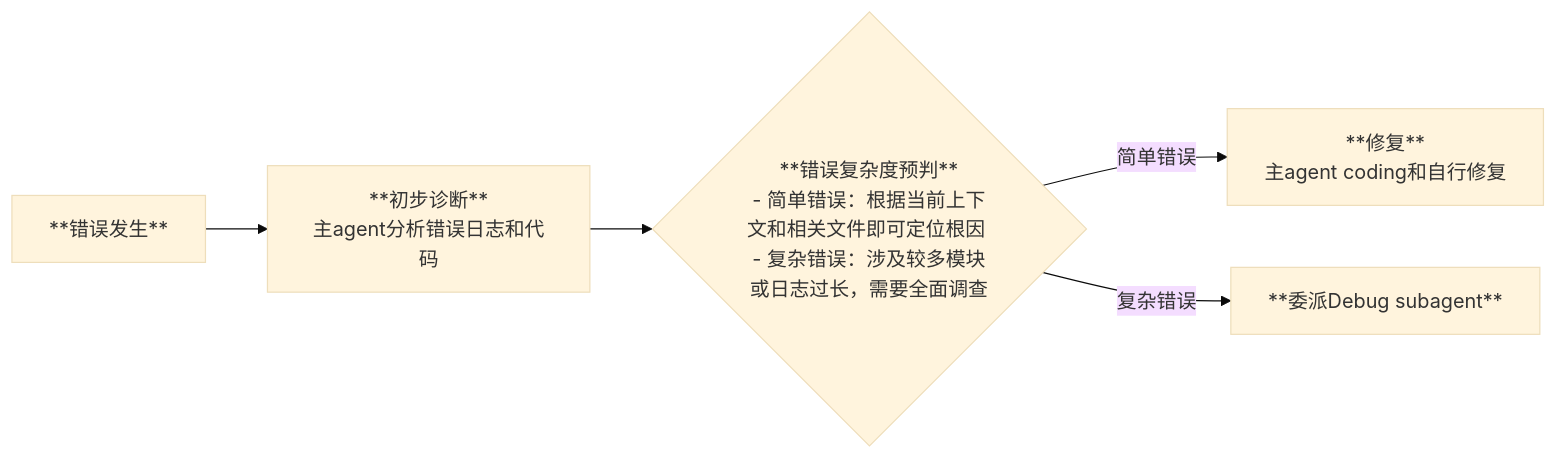
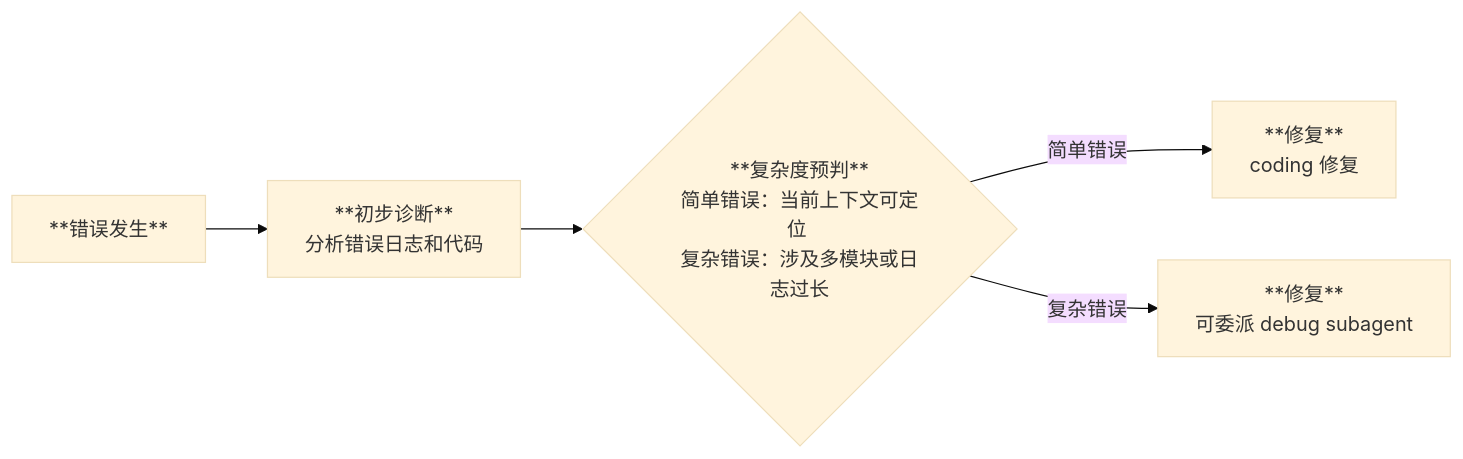
Before and after one commit to riemac/vibe: the diagram in workflows/code-debug.md, drawn with Mermaid (base theme). The commit also changed other lines of this file and 17 other files, not shown here.

````diff
--- a/workflows/code-debug.md
+++ b/workflows/code-debug.md
@@ -9,7 +9,7 @@
 ```mermaid
 graph LR
-    A[**错误发生**] --> B[**初步诊断**<br/>主agent分析错误日志和代码]
-    B --> C{**错误复杂度预判**<br>- 简单错误：根据当前上下文和相关文件即可定位根因 <br>- 复杂错误：涉及较多模块或日志过长，需要全面调查}
-    C -->|简单错误| D[**修复**<br/>主agent coding和自行修复]
-    C -->|复杂错误| E[**委派Debug subagent**]
+    A[**错误发生**] --> B[**初步诊断**<br/>分析错误日志和代码]
+    B --> C{**复杂度预判**<br>简单错误：当前上下文可定位 <br>复杂错误：涉及多模块或日志过长}
+    C -->|简单错误| D[**修复**<br/>coding 修复]
+    C -->|复杂错误| E[**修复**<br/>可委派 debug subagent]
 ```
````
